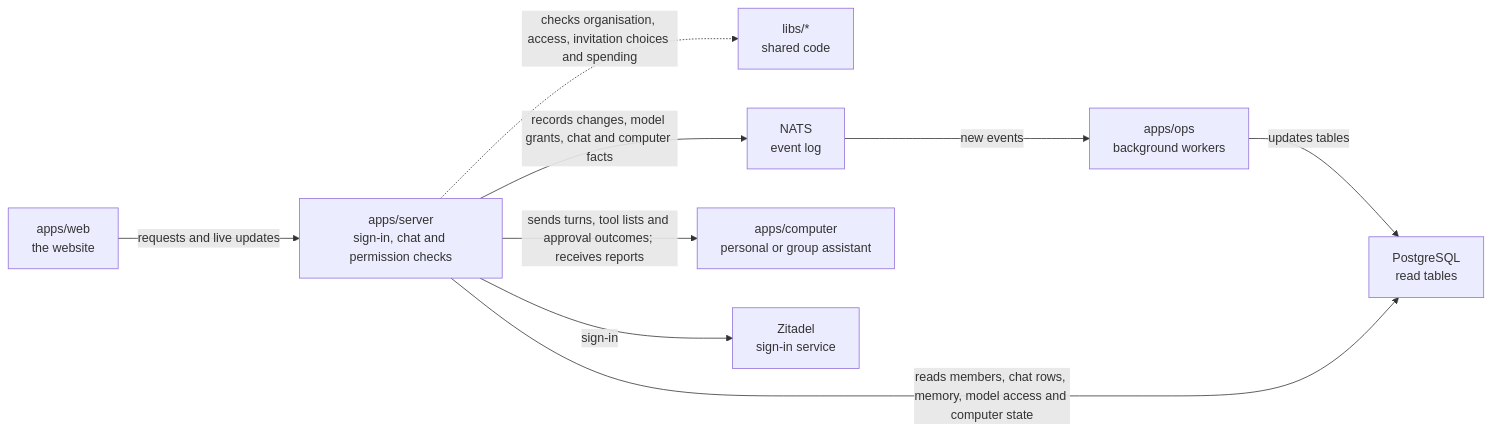
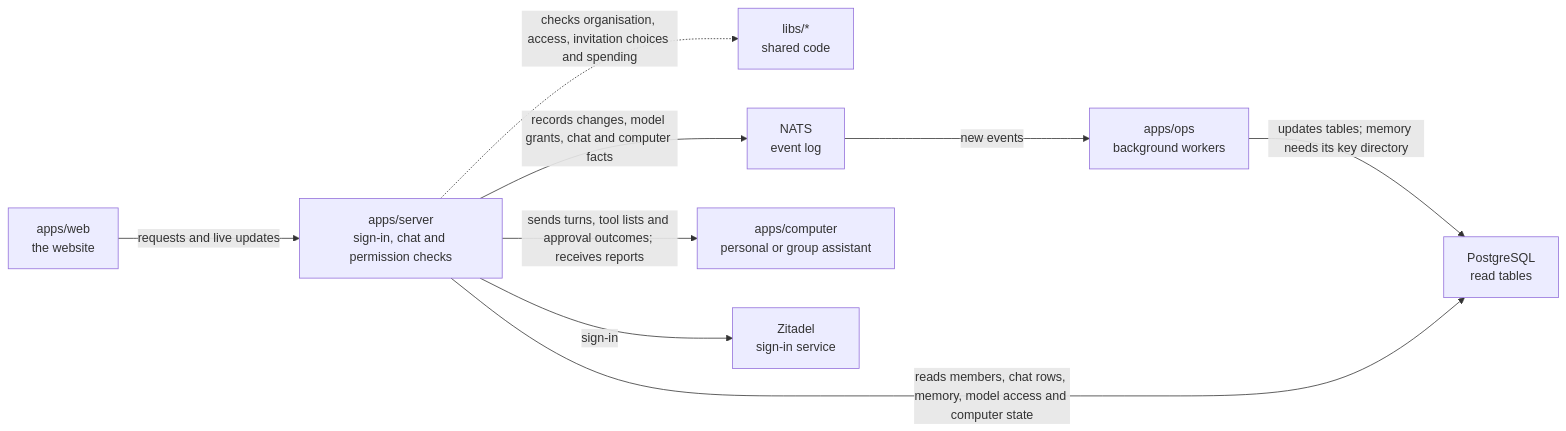
The diagram in apps/server/README.md (elewa-git/opencrane-new), drawn with Mermaid before and after one commit. The commit also changed other lines of this file and 22 other files, not shown here.

````diff
--- a/apps/server/README.md
+++ b/apps/server/README.md
@@ -11,11 +11,11 @@
 ```mermaid
 flowchart LR
   web["apps/web<br/>the website"] -->|requests and live updates| server["apps/server<br/>sign-in, chat and permission checks"]
   server -.->|checks organisation, access, invitation choices and spending| libs["libs/*<br/>shared code"]
   server -->|records changes, model grants, chat and computer facts| nats["NATS<br/>event log"]
   nats -->|new events| ops["apps/ops<br/>background workers"]
-  ops -->|updates tables| postgres["PostgreSQL<br/>read tables"]
+  ops -->|updates tables; memory needs its key directory| postgres["PostgreSQL<br/>read tables"]
   server -->|reads members, chat rows, memory, model access and computer state| postgres
   server -->|sends turns, tool lists and approval outcomes; receives reports| computer["apps/computer<br/>personal or group assistant"]
   server -->|sign-in| zitadel["Zitadel<br/>sign-in service"]
 ```
````
